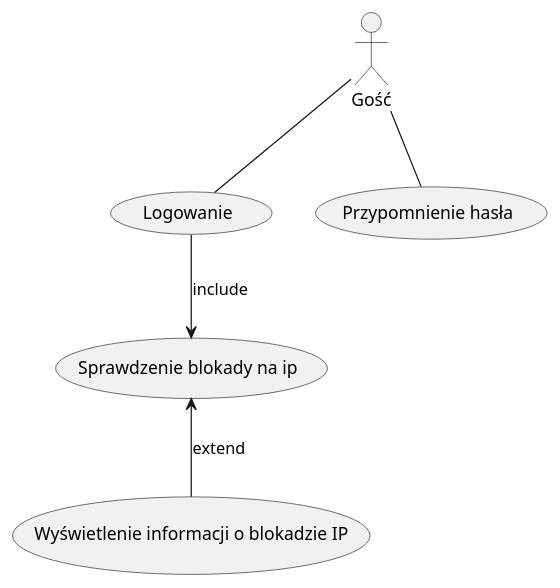
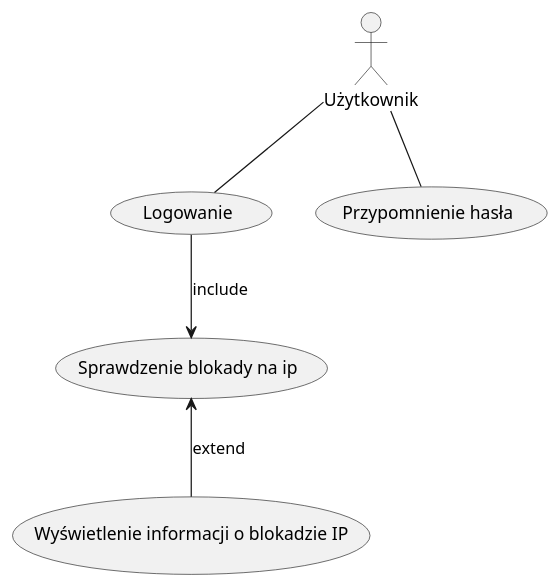
One commit to BurdalskiBartosz/effective-combine changed the first of 6 diagrams in docs/funkcjonalnosci/aplikacja/uzytkownik.md. Above: the diagram before and after it, drawn with PlantUML. The commit also changed other lines of this file and 4 other files, not shown here.

```diff
--- a/docs/funkcjonalnosci/aplikacja/uzytkownik.md
+++ b/docs/funkcjonalnosci/aplikacja/uzytkownik.md
@@ -10,8 +10,8 @@
 @startuml
-actor Gość
+actor Użytkownik
 
-Gość -- (Logowanie)
+Użytkownik -- (Logowanie)
 (Logowanie) --> (Sprawdzenie blokady na ip) : include
 (Sprawdzenie blokady na ip) <-- (Wyświetlenie informacji o blokadzie IP) : extend
-Gość -- (Przypomnienie hasła)
+Użytkownik -- (Przypomnienie hasła)
 @enduml
```
